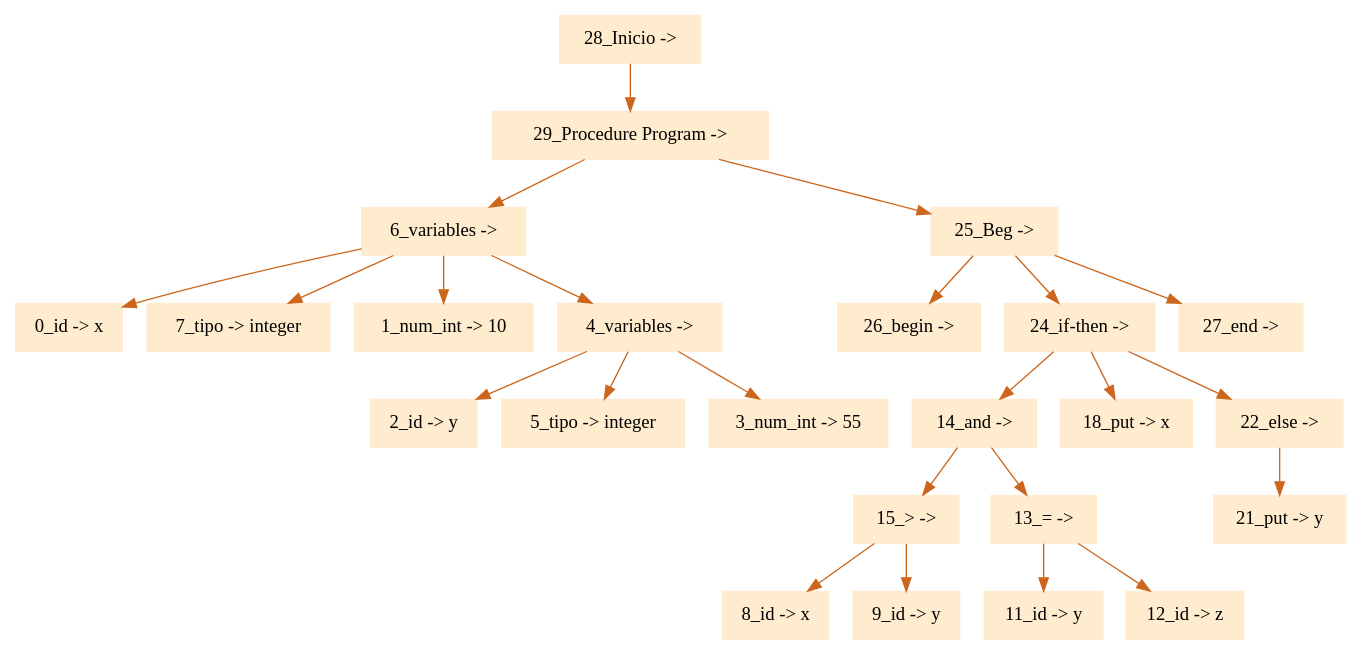
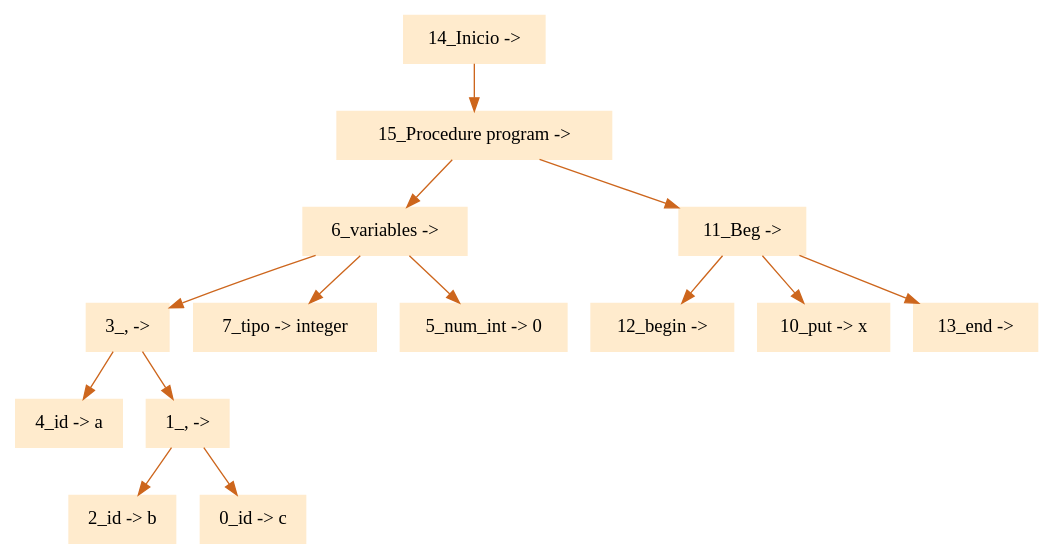
The diagram in ProyectoCompiladores/arbol.dot (eliasgz97/Proyecto_Compiladores), drawn with Graphviz before and after one commit. The commit also changed 4 other files, not shown here.

```diff
--- a/ProyectoCompiladores/arbol.dot
+++ b/ProyectoCompiladores/arbol.dot
@@ -1,28 +1,18 @@
 digraph G {node[shape=box, style=filled, color=blanchedalmond]; edge[color=chocolate3];rankdir=UD 
 
-"28_Inicio -> "->"29_Procedure Program -> "
-"29_Procedure Program -> "->"6_variables -> "
-"6_variables -> "->"0_id -> x"
+"14_Inicio -> "->"15_Procedure program -> "
+"15_Procedure program -> "->"6_variables -> "
+"6_variables -> "->"3_, -> "
+"3_, -> "->"4_id -> a"
+"3_, -> "->"1_, -> "
+"1_, -> "->"2_id -> b"
+"1_, -> "->"0_id -> c"
 "6_variables -> "->"7_tipo -> integer"
-"6_variables -> "->"1_num_int -> 10"
-"6_variables -> "->"4_variables -> "
-"4_variables -> "->"2_id -> y"
-"4_variables -> "->"5_tipo -> integer"
-"4_variables -> "->"3_num_int -> 55"
-"29_Procedure Program -> "->"25_Beg -> "
-"25_Beg -> "->"26_begin -> "
-"25_Beg -> "->"24_if-then -> "
-"24_if-then -> "->"14_and -> "
-"14_and -> "->"15_> -> "
-"15_> -> "->"8_id -> x"
-"15_> -> "->"9_id -> y"
-"14_and -> "->"13_= -> "
-"13_= -> "->"11_id -> y"
-"13_= -> "->"12_id -> z"
-"24_if-then -> "->"18_put -> x"
-"24_if-then -> "->"22_else -> "
-"22_else -> "->"21_put -> y"
-"25_Beg -> "->"27_end -> "
+"6_variables -> "->"5_num_int -> 0"
+"15_Procedure program -> "->"11_Beg -> "
+"11_Beg -> "->"12_begin -> "
+"11_Beg -> "->"10_put -> x"
+"11_Beg -> "->"13_end -> "
 
 
 }
```
